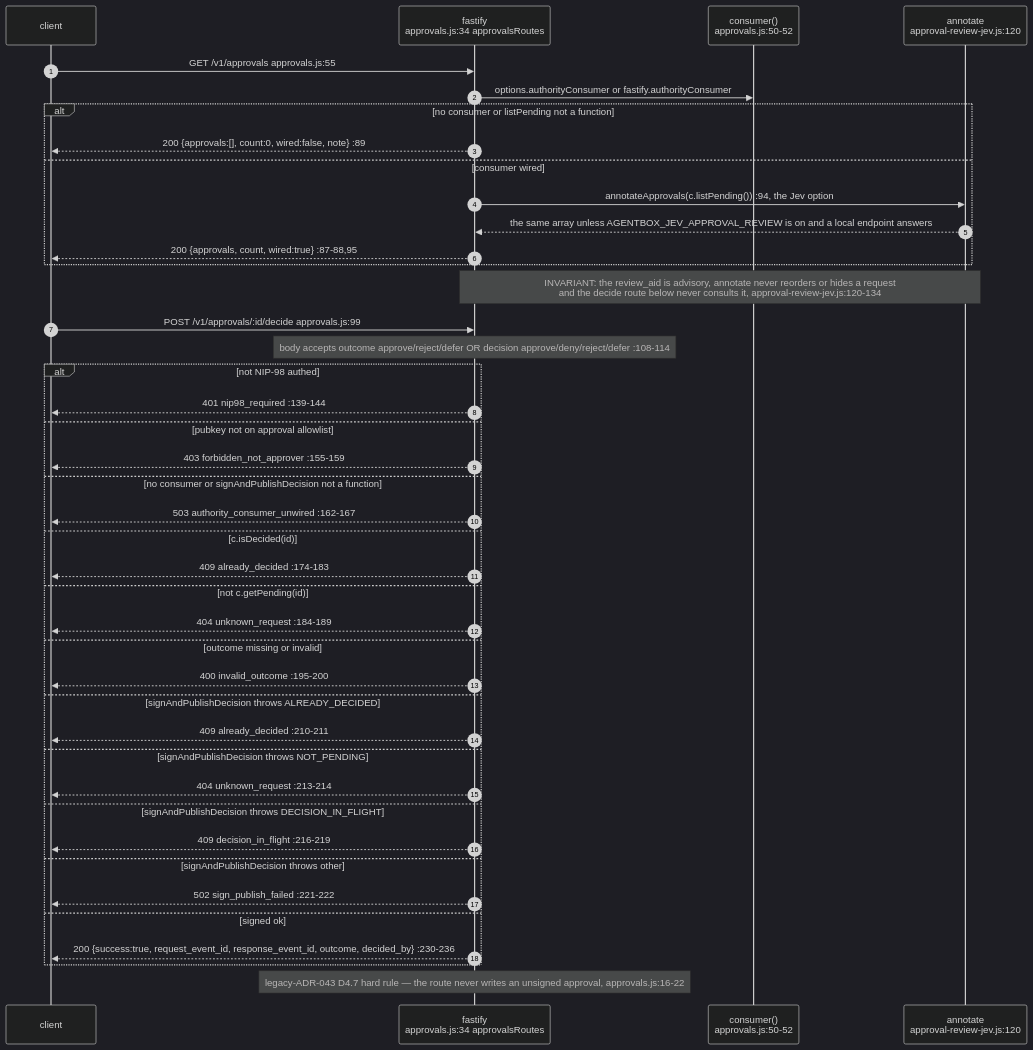
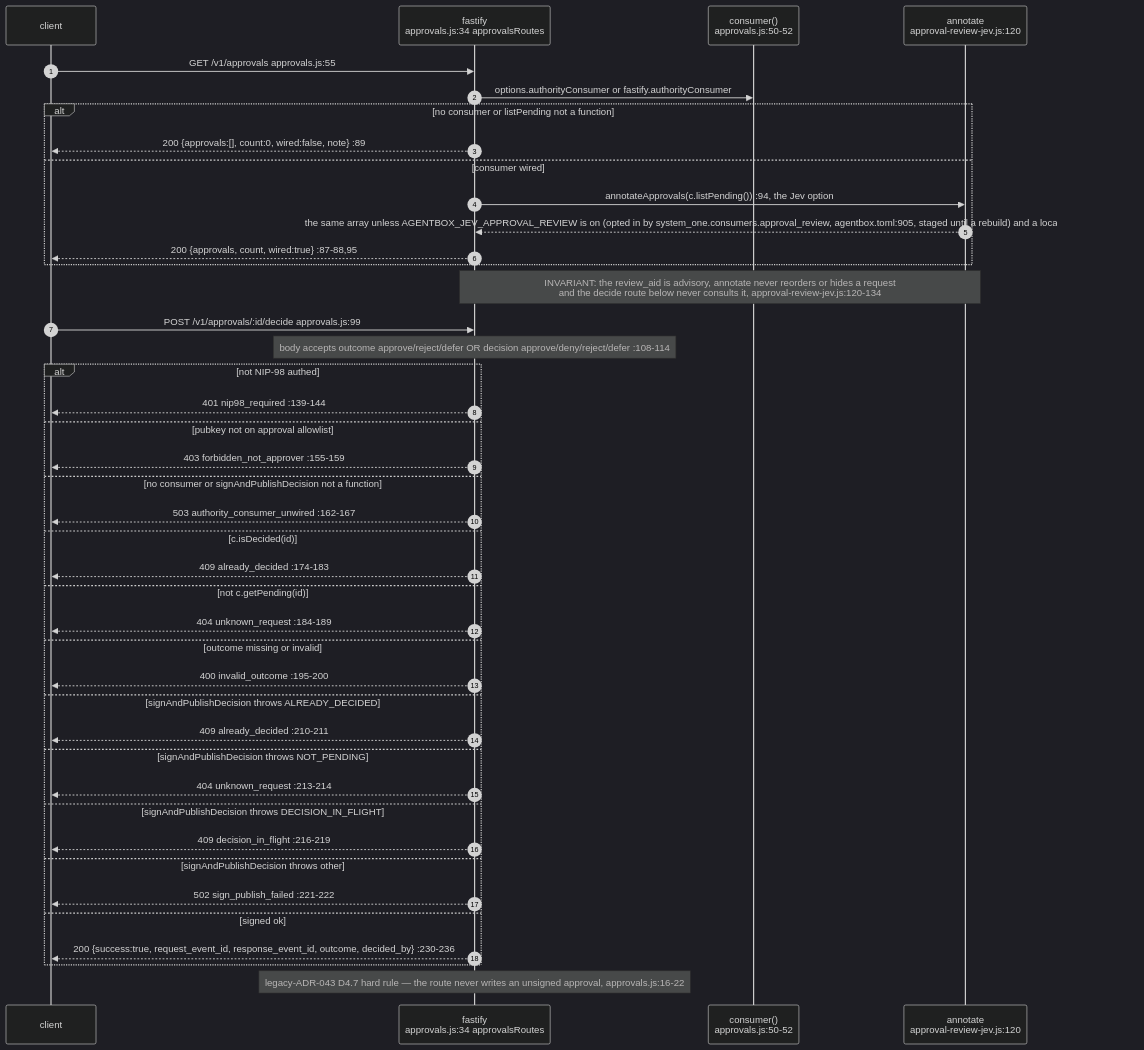
One commit to DreamLab-AI/VisionFlow changed the fifth of 15 diagrams in docs/diagrams/agentbox/14-governance-journal-actions-approvals.md. Above: the diagram before and after it, drawn with Mermaid (dark theme). The commit also changed other lines of this file and 145 other files, not shown here.

````diff
--- a/docs/diagrams/agentbox/14-governance-journal-actions-approvals.md
+++ b/docs/diagrams/agentbox/14-governance-journal-actions-approvals.md
@@ -263,46 +264,46 @@
 ```mermaid
 sequenceDiagram
     autonumber
     participant C as client
     participant FA as fastify<br/>approvals.js:34 approvalsRoutes
     participant CON as consumer()<br/>approvals.js:50-52
     participant AJ as annotate<br/>approval-review-jev.js:120
 
     C->>FA: GET /v1/approvals approvals.js:55
     FA->>CON: options.authorityConsumer or fastify.authorityConsumer
     alt no consumer or listPending not a function
         FA-->>C: 200 {approvals:[], count:0, wired:false, note} :89
     else consumer wired
         FA->>AJ: annotateApprovals(c.listPending()) :94, the Jev option
-        AJ-->>FA: the same array unless AGENTBOX_JEV_APPROVAL_REVIEW is on and a local endpoint answers
+        AJ-->>FA: the same array unless AGENTBOX_JEV_APPROVAL_REVIEW is on (opted in by system_one.consumers.approval_review, agentbox.toml:905, staged until a rebuild) and a local endpoint answers
         FA-->>C: 200 {approvals, count, wired:true} :87-88,95
     end
     Note over FA,AJ: INVARIANT: the review_aid is advisory, annotate never reorders or hides a request<br/>and the decide route below never consults it, approval-review-jev.js:120-134
 
     C->>FA: POST /v1/approvals/:id/decide approvals.js:99
     Note over FA: body accepts outcome approve/reject/defer OR decision approve/deny/reject/defer :108-114
     alt not NIP-98 authed
         FA-->>C: 401 nip98_required :139-144
     else pubkey not on approval allowlist
         FA-->>C: 403 forbidden_not_approver :155-159
     else no consumer or signAndPublishDecision not a function
         FA-->>C: 503 authority_consumer_unwired :162-167
     else c.isDecided(id)
         FA-->>C: 409 already_decided :174-183
     else not c.getPending(id)
         FA-->>C: 404 unknown_request :184-189
     else outcome missing or invalid
         FA-->>C: 400 invalid_outcome :195-200
     else signAndPublishDecision throws ALREADY_DECIDED
         FA-->>C: 409 already_decided :210-211
     else signAndPublishDecision throws NOT_PENDING
         FA-->>C: 404 unknown_request :213-214
     else signAndPublishDecision throws DECISION_IN_FLIGHT
         FA-->>C: 409 decision_in_flight :216-219
     else signAndPublishDecision throws other
         FA-->>C: 502 sign_publish_failed :221-222
     else signed ok
         FA-->>C: 200 {success:true, request_event_id, response_event_id, outcome, decided_by} :230-236
     end
     Note over FA: legacy-ADR-043 D4.7 hard rule — the route never writes an unsigned approval, approvals.js:16-22
 ```
````
